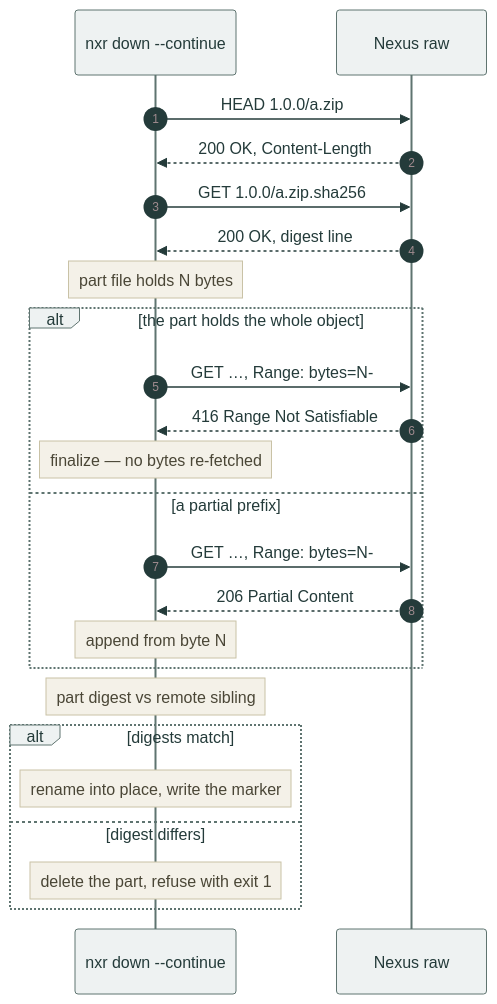
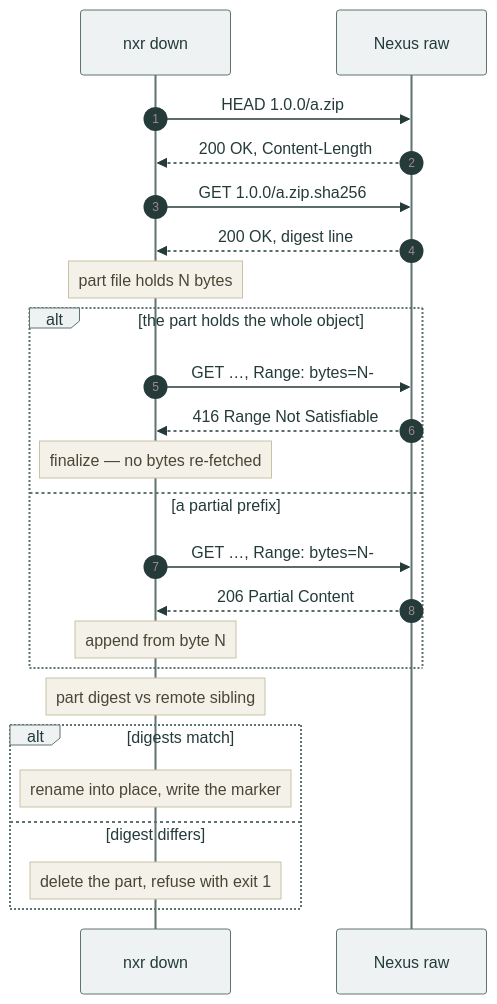
One commit to Lipen/nexus-raw changed the third of 3 diagrams in docs/explanation/design.md. Above: the diagram before and after it, drawn with Mermaid. The commit also changed other lines of this file and 9 other files, not shown here.

````diff
--- a/docs/explanation/design.md
+++ b/docs/explanation/design.md
@@ -124,28 +127,28 @@
 ```mermaid
 %%{init: {"theme": "base", "themeVariables": {"primaryColor": "#eef2f2", "primaryTextColor": "#243b3a", "primaryBorderColor": "#5f7470", "lineColor": "#5f7470", "noteBkgColor": "#f4f1e8", "noteTextColor": "#4a4636", "noteBorderColor": "#c9c2a6", "fontFamily": "inherit"}}}%%
 sequenceDiagram
     autonumber
-    participant nxr as nxr down --continue
+    participant nxr as nxr down
     participant srv as Nexus raw
 
     nxr->>srv: HEAD 1.0.0/a.zip
     srv-->>nxr: 200 OK, Content-Length
     nxr->>srv: GET 1.0.0/a.zip.sha256
     srv-->>nxr: 200 OK, digest line
     note over nxr: part file holds N bytes
     alt the part holds the whole object
         nxr->>srv: GET …, Range: bytes=N-
         srv-->>nxr: 416 Range Not Satisfiable
         note over nxr: finalize — no bytes re-fetched
     else a partial prefix
         nxr->>srv: GET …, Range: bytes=N-
         srv-->>nxr: 206 Partial Content
         note over nxr: append from byte N
     end
     note over nxr: part digest vs remote sibling
     alt digests match
         note over nxr: rename into place, write the marker
     else digest differs
         note over nxr: delete the part, refuse with exit 1
     end
 ```
````
